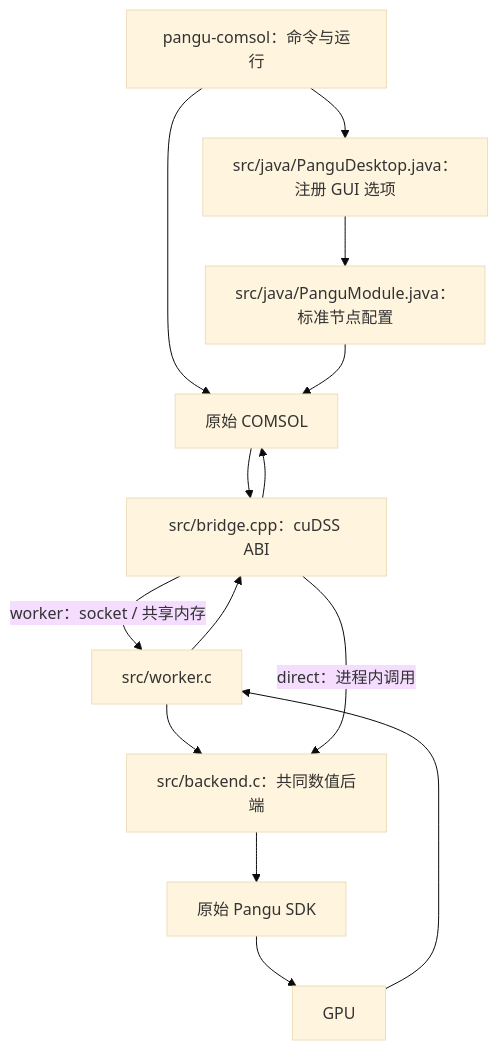
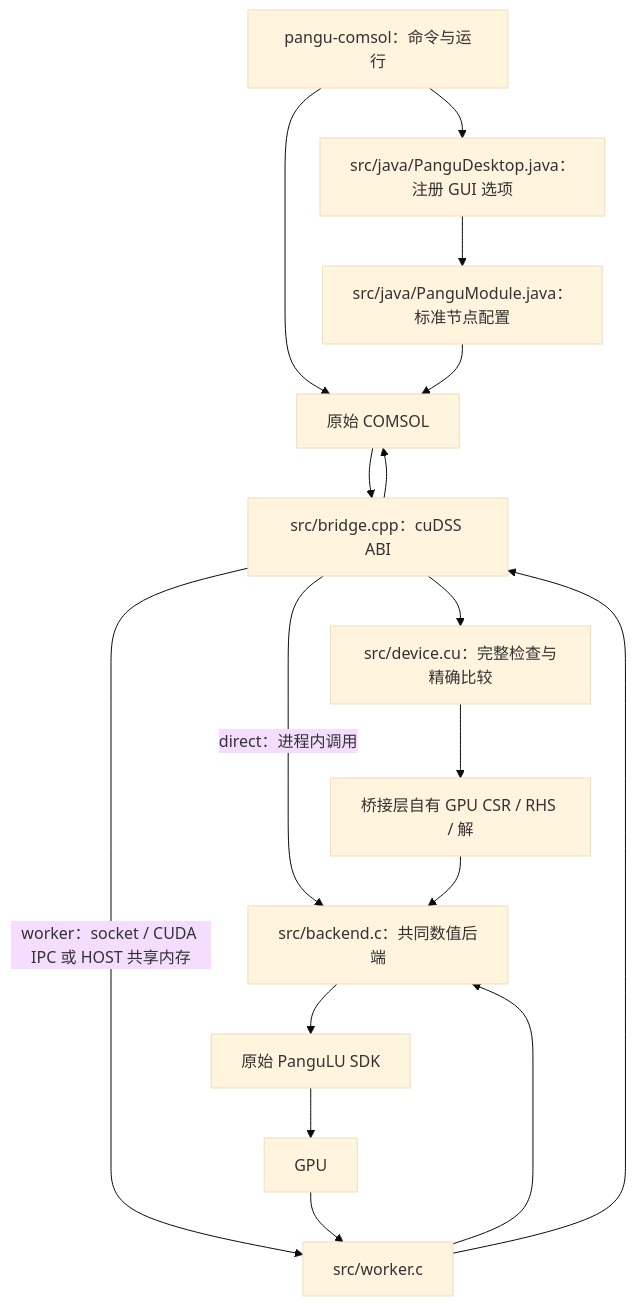
One commit to yamato720/pangulu-comsol changed the diagram in docs/architecture.md. Above: the diagram before and after it, drawn with Mermaid (base theme). The commit also changed other lines of this file and 25 other files, not shown here.

````diff
--- a/docs/architecture.md
+++ b/docs/architecture.md
@@ -34,16 +34,19 @@
 ```mermaid
 flowchart TD
     L[pangu-comsol：命令与运行] --> C[原始 COMSOL]
     L --> D[src/java/PanguDesktop.java：注册 GUI 选项]
     D --> J[src/java/PanguModule.java：标准节点配置]
     J --> C
     C --> B[src/bridge.cpp：cuDSS ABI]
-    B -->|worker：socket / 共享内存| W[src/worker.c]
+    B --> V[src/device.cu：完整检查与精确比较]
+    V --> M[桥接层自有 GPU CSR / RHS / 解]
+    B -->|worker：socket / CUDA IPC 或 HOST 共享内存| W[src/worker.c]
     W --> E[src/backend.c：共同数值后端]
     B -->|direct：进程内调用| E
-    E --> S[原始 Pangu SDK]
+    M --> E
+    E --> S[原始 PanguLU SDK]
     S --> G[GPU]
     G --> W
     W --> B
     B --> C
 ```
````
